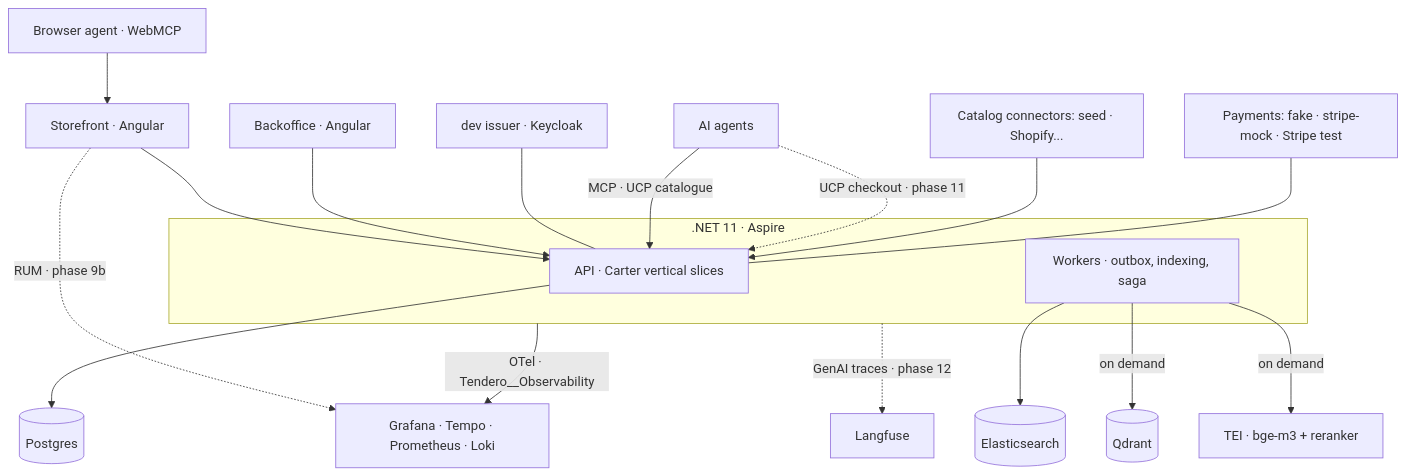
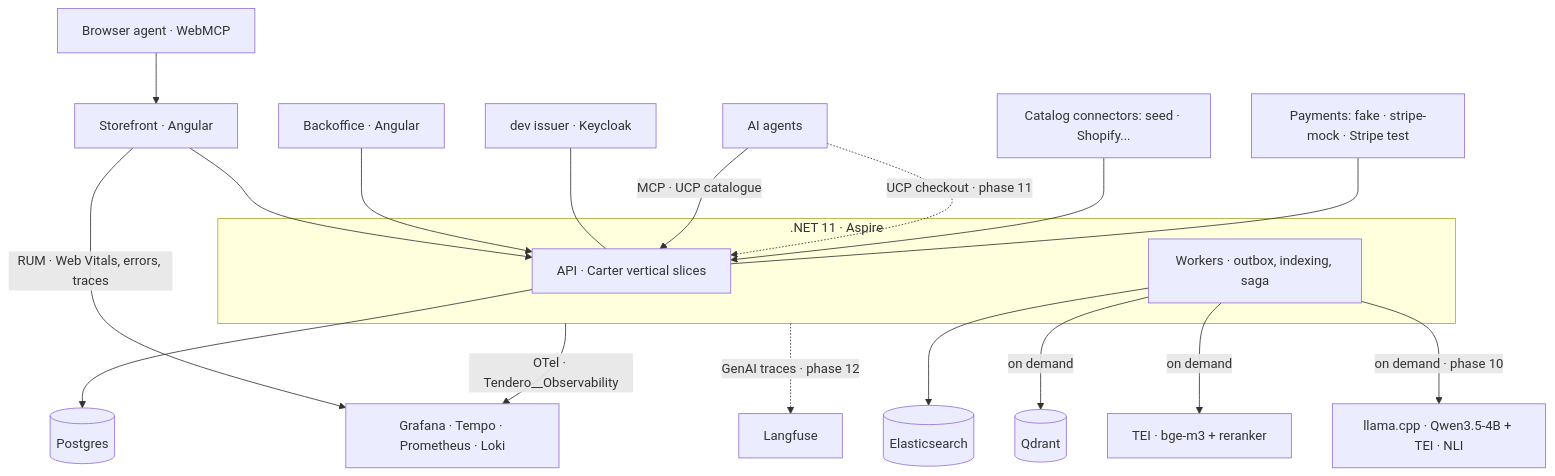
Before and after one commit to juanluelguerre/tendero: the diagram in README.md, drawn with Mermaid. The commit also changed other lines of this file and 12 other files, not shown here.

````diff
--- a/README.md
+++ b/README.md
@@ -64,22 +64,23 @@
 ```mermaid
 flowchart TB
     WM[Browser agent · WebMCP] --> SF
     SF[Storefront · Angular] --> API
     BO[Backoffice · Angular] --> API
     IDP[dev issuer · Keycloak] --- API
     AG[AI agents] -->|MCP · UCP catalogue| API
     AG -.->|UCP checkout · phase 11| API
     subgraph Backend [.NET 11 · Aspire]
         API[API · Carter vertical slices]
         WK[Workers · outbox, indexing, saga]
     end
     API --> PG[(Postgres)]
     WK --> ES[(Elasticsearch)]
     WK -->|on demand| QD[(Qdrant)]
     WK -->|on demand| OL[TEI · bge-m3 + reranker]
     Backend -->|OTel · Tendero__Observability| OBS[Grafana · Tempo · Prometheus · Loki]
-    SF -.->|RUM · phase 9b| OBS
+    SF -->|RUM · Web Vitals, errors, traces| OBS
+    WK -->|on demand · phase 10| KN[llama.cpp · Qwen3.5-4B + TEI · NLI]
     Backend -.->|GenAI traces · phase 12| LF[Langfuse]
     EXT[Catalog connectors: seed · Shopify...] --> API
     PAY[Payments: fake · stripe-mock · Stripe test] --- API
 ```
````
